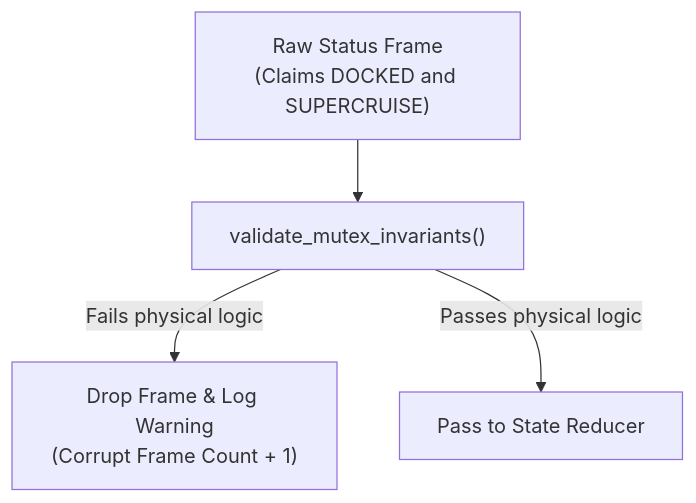
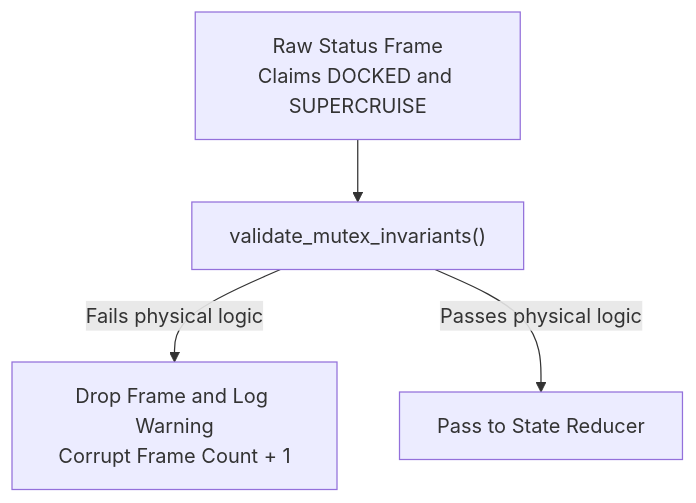
One commit to mnaatjes/ed-fleet-client changed the seventh of 10 diagrams in architecture/notes/event_driven_telemetry_and_state_fundamentals.md. Above: the diagram before and after it, drawn with Mermaid. The commit also changed other lines of this file, not shown here.

Commit message:
docs(architecture): sanitize mermaid diagram syntax in fundamentals guide

````diff
--- a/architecture/notes/event_driven_telemetry_and_state_fundamentals.md
+++ b/architecture/notes/event_driven_telemetry_and_state_fundamentals.md
@@ -304,6 +304,6 @@
 ```mermaid
 flowchart TD
-    RawPacket["Raw Status Frame\n(Claims DOCKED and SUPERCRUISE)"] --> Gate["validate_mutex_invariants()"]
-    Gate -->|"Fails physical logic"| Reject["Drop Frame & Log Warning\n(Corrupt Frame Count + 1)"]
-    Gate -->|"Passes physical logic"| Reducer["Pass to State Reducer"]
+    RawPacket["Raw Status Frame<br/>Claims DOCKED and SUPERCRUISE"] --> Gate["validate_mutex_invariants()"]
+    Gate -->|Fails physical logic| Reject["Drop Frame and Log Warning<br/>Corrupt Frame Count + 1"]
+    Gate -->|Passes physical logic| Reducer["Pass to State Reducer"]
 ```
````
